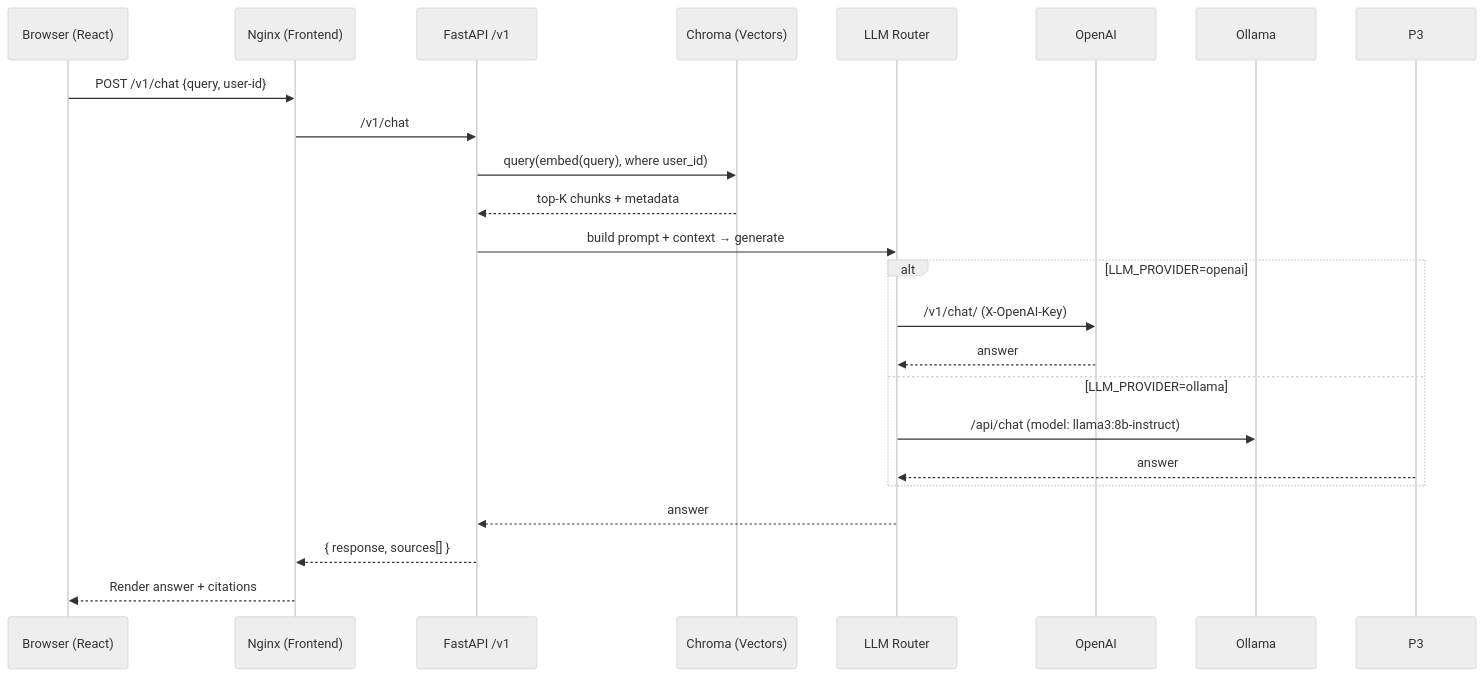
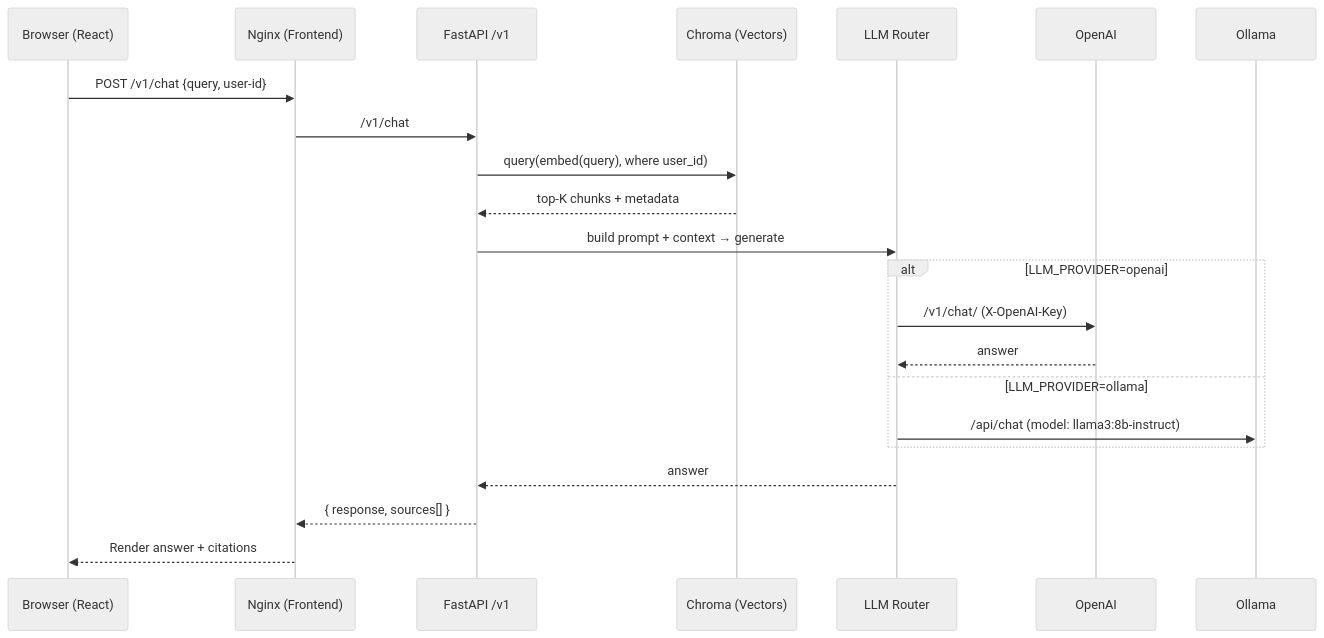
One commit to Mihankhahp/Documents_Chat changed the third of 3 diagrams in README.md. Above: the diagram before and after it, drawn with Mermaid (neutral theme).

Commit message:
Remove unused variable README

````diff
--- a/README.md
+++ b/README.md
@@ -73,28 +73,27 @@
 ```mermaid
 sequenceDiagram
     participant B as Browser (React)
     participant F as Nginx (Frontend)
     participant A as FastAPI /v1
     participant C as Chroma (Vectors)
     participant L as LLM Router
     participant P1 as OpenAI
     participant P2 as Ollama
 
     B->>F: POST /v1/chat {query, user-id}
     F->>A: /v1/chat
     A->>C: query(embed(query), where user_id)
     C-->>A: top-K chunks + metadata
     A->>L: build prompt + context → generate
 
     alt LLM_PROVIDER=openai
         L->>P1: /v1/chat/ (X-OpenAI-Key)
         P1-->>L: answer
     else LLM_PROVIDER=ollama
         L->>P2: /api/chat (model: llama3:8b-instruct)
-        P3-->>L: answer
     end
 
     L-->>A: answer
     A-->>F: { response, sources[] }
     F-->>B: Render answer + citations
 ```
````
